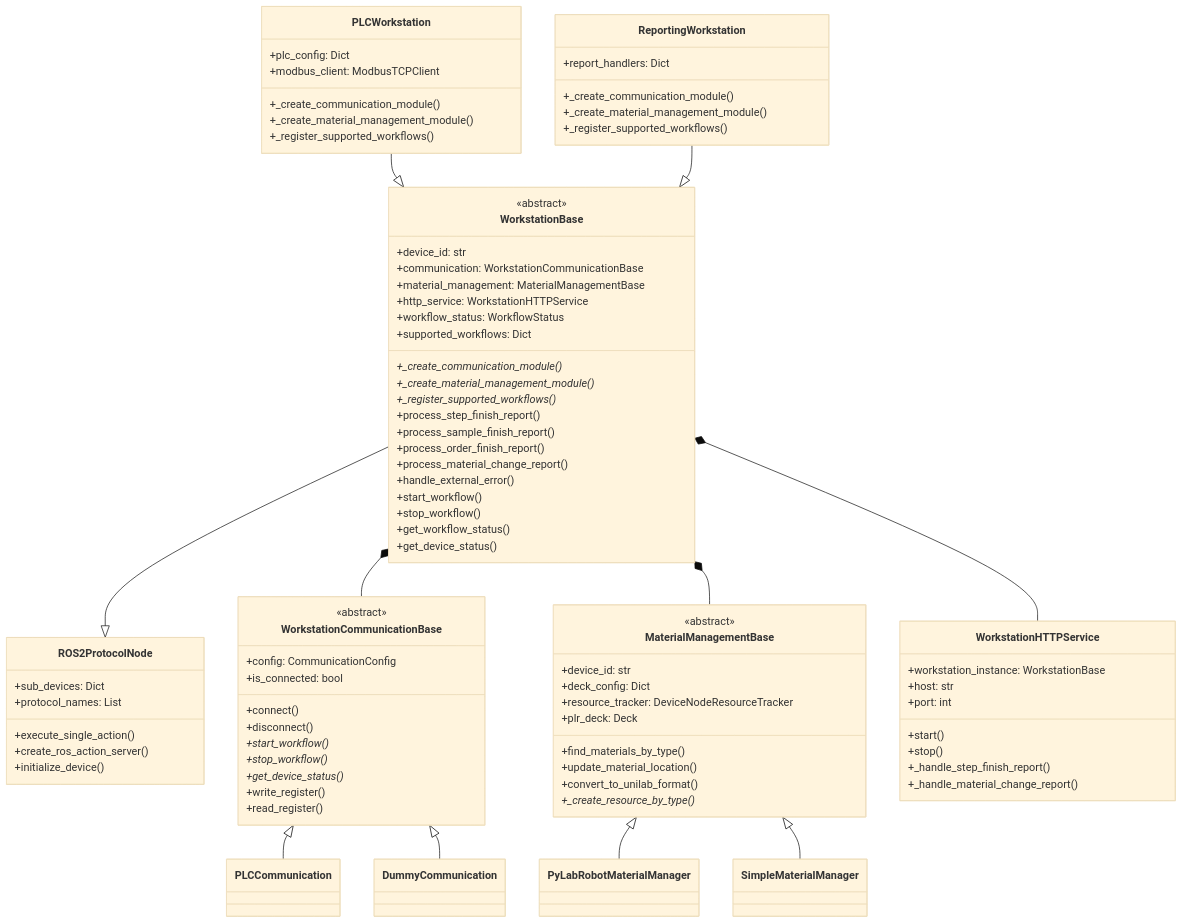
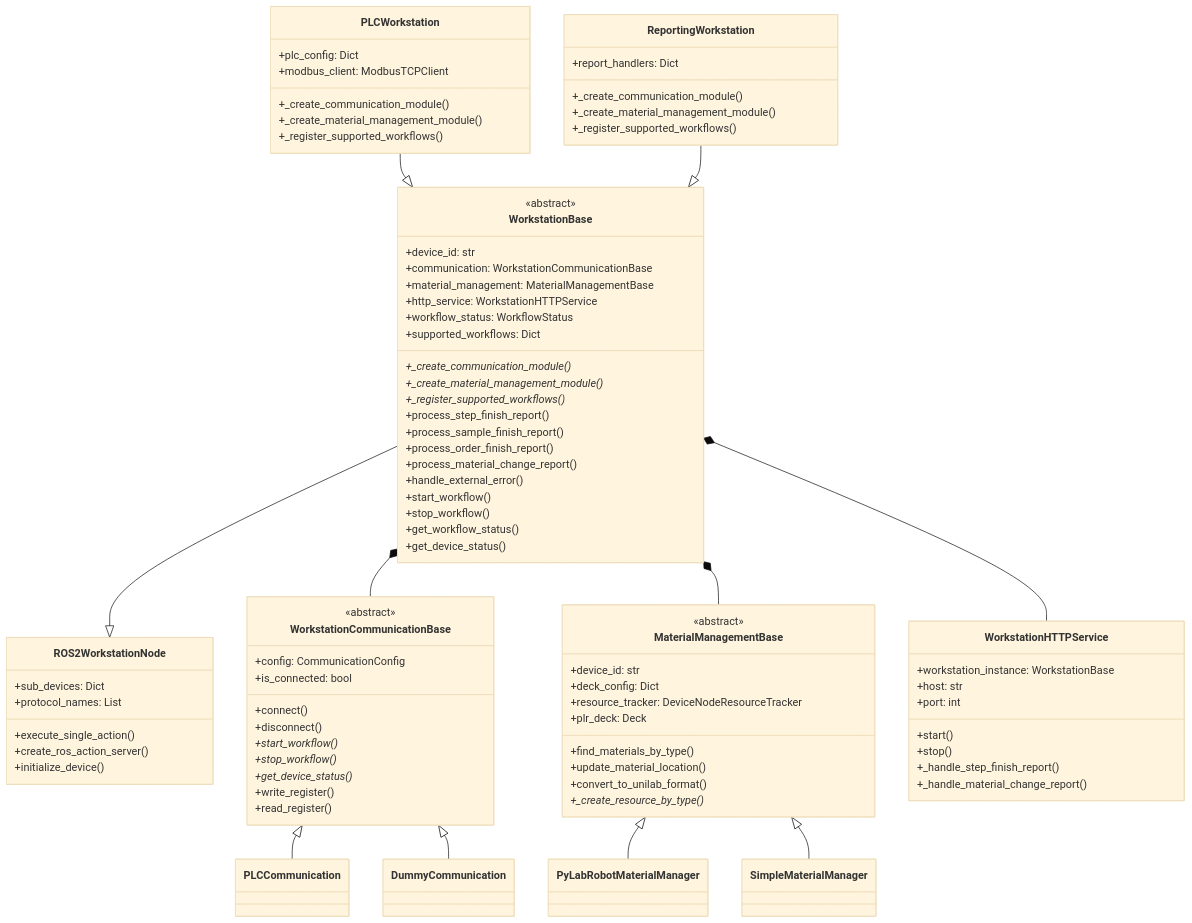
One commit to lixinyu1011/Uni-Lab-OS changed the second of 6 diagrams in docs/developer_guide/workstation_architecture.md. Above: the diagram before and after it, drawn with Mermaid (base theme). The commit also changed other lines of this file and 18 other files, not shown here.

Commit message:
refactor: ProtocolNode→WorkstationNode

```diff
--- a/docs/developer_guide/workstation_architecture.md
+++ b/docs/developer_guide/workstation_architecture.md
@@ -73,7 +73,7 @@
         +get_device_status()
     }
     
-    class ROS2ProtocolNode {
+    class ROS2WorkstationNode {
         +sub_devices: Dict
         +protocol_names: List
         +execute_single_action()
@@ -131,7 +131,7 @@
         +_register_supported_workflows()
     }
     
-    WorkstationBase --|> ROS2ProtocolNode
+    WorkstationBase --|> ROS2WorkstationNode
     WorkstationBase *-- WorkstationCommunicationBase
     WorkstationBase *-- MaterialManagementBase
     WorkstationBase *-- WorkstationHTTPService
```
